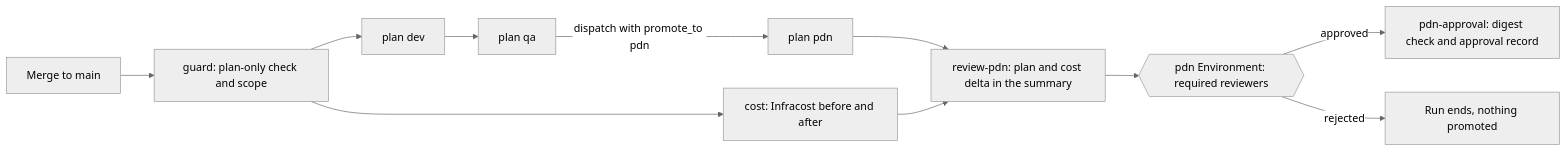
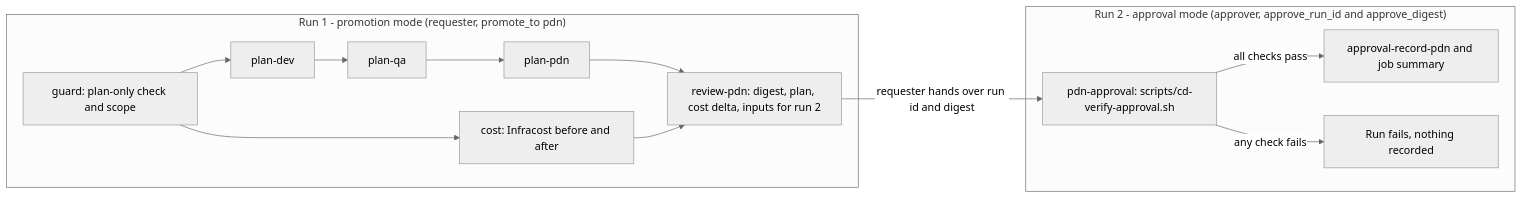
Before and after one commit to aroma-pacifico/aroma-pacifico-infrastructure: the diagram in docs/cd-pipeline.md, drawn with Mermaid (neutral theme). The commit also changed other lines of this file, not shown here.

First line of the commit message:
docs(iac): describe the two-step production approval

````diff
--- a/docs/cd-pipeline.md
+++ b/docs/cd-pipeline.md
@@ -43,13 +76,16 @@
 ```mermaid
 flowchart LR
-    M[Merge to main] --> G[guard: plan-only check and scope]
-    G --> PD[plan dev]
-    PD --> PQ[plan qa]
-    PQ -->|dispatch with promote_to pdn| PP[plan pdn]
-    G --> C[cost: Infracost before and after]
-    PP --> R[review-pdn: plan and cost delta in the summary]
-    C --> R
-    R --> A{{pdn Environment: required reviewers}}
-    A -->|approved| REC[pdn-approval: digest check and approval record]
-    A -->|rejected| X[Run ends, nothing promoted]
+    subgraph R1["Run 1 - promotion mode (requester, promote_to pdn)"]
+        G["guard: plan-only check and scope"] --> PD["plan-dev"]
+        PD --> PQ["plan-qa"]
+        PQ --> PP["plan-pdn"]
+        G --> C["cost: Infracost before and after"]
+        PP --> R["review-pdn: digest, plan, cost delta, inputs for run 2"]
+        C --> R
+    end
+    R -->|"requester hands over run id and digest"| A
+    subgraph R2["Run 2 - approval mode (approver, approve_run_id and approve_digest)"]
+        A["pdn-approval: scripts/cd-verify-approval.sh"] -->|"all checks pass"| REC["approval-record-pdn and job summary"]
+        A -->|"any check fails"| X["Run fails, nothing recorded"]
+    end
 ```
````
